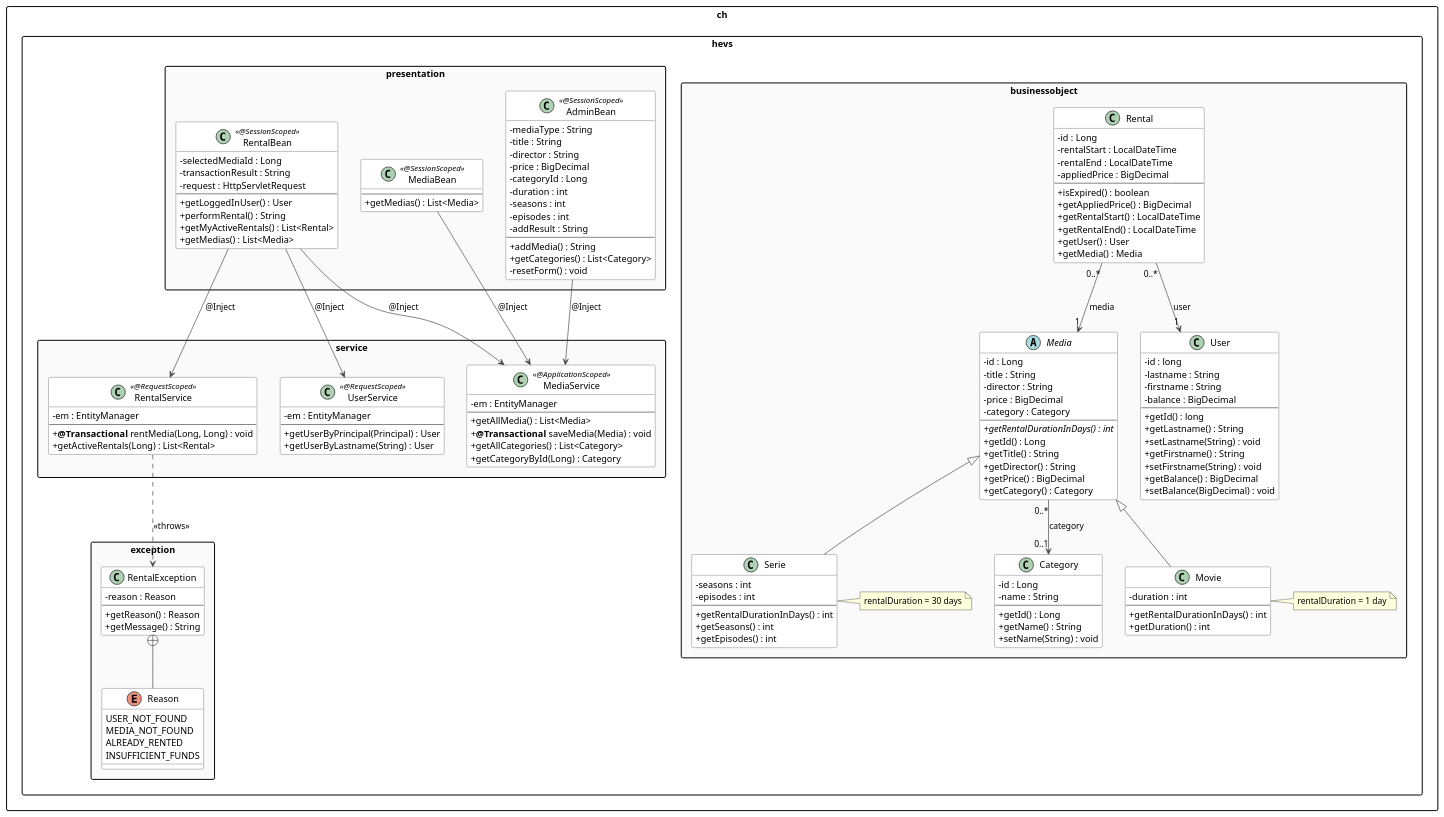
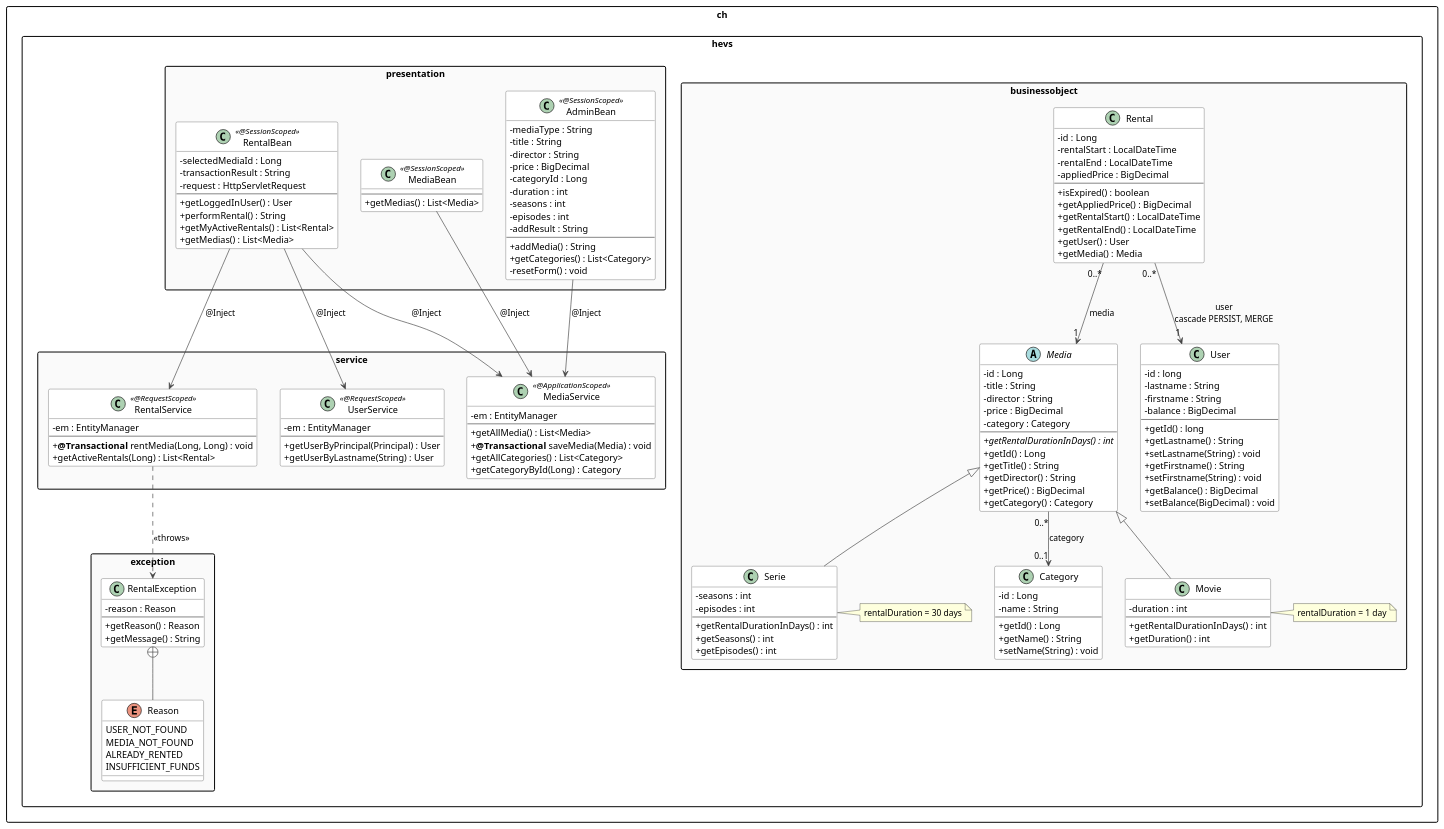
The diagram in UML/class-diagram.puml (bearinthemountain/ImplementingServices), drawn with PlantUML before and after one commit. The commit also changed 2 other files, not shown here.

Commit message:
refactor(entity): add cascade options to Rental-User relationship

```diff
--- a/UML/class-diagram.puml
+++ b/UML/class-diagram.puml
@@ -1,194 +1,194 @@
 @startuml class-diagram
 skinparam classAttributeIconSize 0
 skinparam packageStyle rectangle
 skinparam class {
   BackgroundColor White
   BorderColor #444
   ArrowColor #444
 }
 skinparam stereotype {
   CBackgroundColor #E8F4FD
   CBorderColor #2980B9
 }
 
 ' ══════════════════════════════════════════
 '  BUSINESS OBJECTS
 ' ══════════════════════════════════════════
 package "ch.hevs.businessobject" #FAFAFA {
 
   class User {
     - id : long
     - lastname : String
     - firstname : String
     - balance : BigDecimal
     --
     + getId() : long
     + getLastname() : String
     + setLastname(String) : void
     + getFirstname() : String
     + setFirstname(String) : void
     + getBalance() : BigDecimal
     + setBalance(BigDecimal) : void
   }
 
   abstract class Media {
     - id : Long
     - title : String
     - director : String
     - price : BigDecimal
     - category : Category
     --
     + {abstract} getRentalDurationInDays() : int
     + getId() : Long
     + getTitle() : String
     + getDirector() : String
     + getPrice() : BigDecimal
     + getCategory() : Category
   }
 
   class Movie {
     - duration : int
     --
     + getRentalDurationInDays() : int
     + getDuration() : int
   }
   note right of Movie : rentalDuration = 1 day
 
   class Serie {
     - seasons : int
     - episodes : int
     --
     + getRentalDurationInDays() : int
     + getSeasons() : int
     + getEpisodes() : int
   }
   note right of Serie : rentalDuration = 30 days
 
   class Category {
     - id : Long
     - name : String
     --
     + getId() : Long
     + getName() : String
     + setName(String) : void
   }
 
   class Rental {
     - id : Long
     - rentalStart : LocalDateTime
     - rentalEnd : LocalDateTime
     - appliedPrice : BigDecimal
     --
     + isExpired() : boolean
     + getAppliedPrice() : BigDecimal
     + getRentalStart() : LocalDateTime
     + getRentalEnd() : LocalDateTime
     + getUser() : User
     + getMedia() : Media
   }
 
   Media <|-- Movie
   Media <|-- Serie
   Media "0..*" --> "0..1" Category : category
-  Rental "0..*" --> "1" User    : user
+  Rental "0..*" --> "1" User    : user\ncascade PERSIST, MERGE
   Rental "0..*" --> "1" Media   : media
 }
 
 ' ══════════════════════════════════════════
 '  EXCEPTION
 ' ══════════════════════════════════════════
 package "ch.hevs.exception" #FAFAFA {
 
   class RentalException {
     - reason : Reason
     --
     + getReason() : Reason
     + getMessage() : String
   }
 
   enum Reason {
     USER_NOT_FOUND
     MEDIA_NOT_FOUND
     ALREADY_RENTED
     INSUFFICIENT_FUNDS
   }
 
   RentalException +-- Reason
 }
 
 ' ══════════════════════════════════════════
 '  SERVICE LAYER
 ' ══════════════════════════════════════════
 package "ch.hevs.service" #FAFAFA {
 
   class MediaService <<@ApplicationScoped>> {
     - em : EntityManager
     --
     + getAllMedia() : List<Media>
     + {method} <b>@Transactional</b> saveMedia(Media) : void
     + getAllCategories() : List<Category>
     + getCategoryById(Long) : Category
   }
 
   class RentalService <<@RequestScoped>> {
     - em : EntityManager
     --
     + {method} <b>@Transactional</b> rentMedia(Long, Long) : void
     + getActiveRentals(Long) : List<Rental>
   }
 
   class UserService <<@RequestScoped>> {
     - em : EntityManager
     --
     + getUserByPrincipal(Principal) : User
     + getUserByLastname(String) : User
   }
 
   RentalService ..> RentalException : <<throws>>
 }
 
 ' ══════════════════════════════════════════
 '  PRESENTATION LAYER
 ' ══════════════════════════════════════════
 package "ch.hevs.presentation" #FAFAFA {
 
   class AdminBean <<@SessionScoped>> {
     - mediaType : String
     - title : String
     - director : String
     - price : BigDecimal
     - categoryId : Long
     - duration : int
     - seasons : int
     - episodes : int
     - addResult : String
     --
     + addMedia() : String
     + getCategories() : List<Category>
     - resetForm() : void
   }
 
   class RentalBean <<@SessionScoped>> {
     - selectedMediaId : Long
     - transactionResult : String
     - request : HttpServletRequest
     --
     + getLoggedInUser() : User
     + performRental() : String
     + getMyActiveRentals() : List<Rental>
     + getMedias() : List<Media>
   }
 
   class MediaBean <<@SessionScoped>> {
     --
     + getMedias() : List<Media>
   }
 
   AdminBean  --> MediaService  : @Inject
   RentalBean --> RentalService : @Inject
   RentalBean --> MediaService  : @Inject
   RentalBean --> UserService   : @Inject
   MediaBean  --> MediaService  : @Inject
 }
 
 @enduml
```
